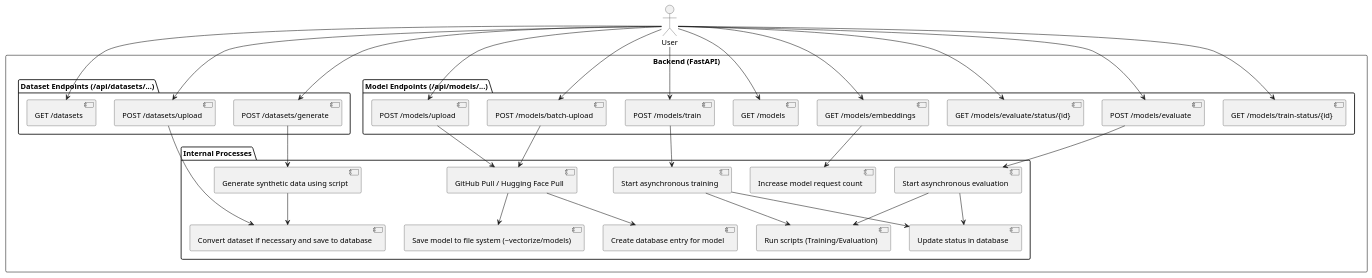
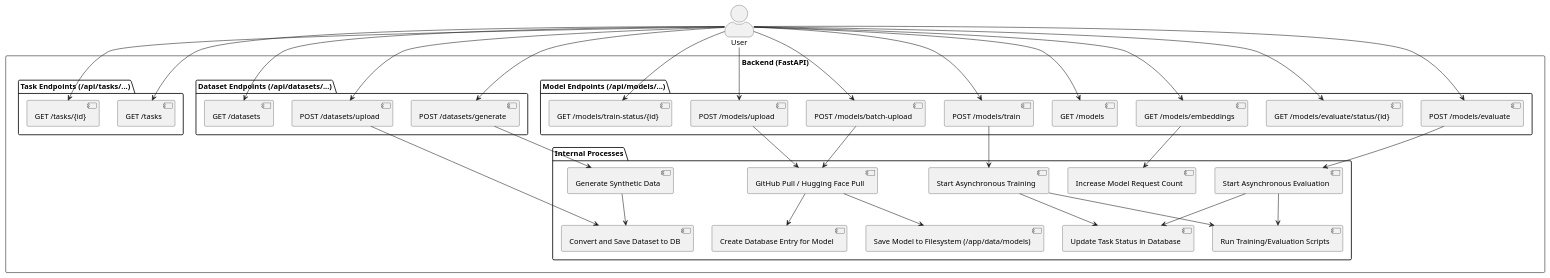
One commit to Yukasama/vectorize changed the diagram in docs/diagrams/src/api-endpoints.plantuml. Above: the diagram before and after it, drawn with PlantUML. The commit also changed 13 other files, not shown here.

```diff
--- a/docs/diagrams/src/api-endpoints.plantuml
+++ b/docs/diagrams/src/api-endpoints.plantuml
@@ -1,79 +1,78 @@
 @startuml api-endpoints
+skinparam actorStyle awesome
 actor User
 
 rectangle "Backend (FastAPI)" {
-  ' --- MODEL ENDPOINTS ---
   package "Model Endpoints (/api/models/...)" {
     [GET /models/embeddings]
     [GET /models]
 
     [POST /models/upload]
     [POST /models/batch-upload]
     [POST /models/train]
     [GET /models/train-status/{id}]
     
     [POST /models/evaluate]
     [GET /models/evaluate/status/{id}]
   }
 
-  ' --- DATASET ENDPOINTS ---
   package "Dataset Endpoints (/api/datasets/...)" {
     [GET /datasets]
     [POST /datasets/upload]
     [POST /datasets/generate]
   }
   
-  ' --- INTERNAL PROCESSES ---
+  package "Task Endpoints (/api/tasks/...)" {
+    [GET /tasks]
+    [GET /tasks/{id}]
+  }
+
   package "Internal Processes" {
     [GitHub Pull / Hugging Face Pull]
-    [Save model to file system (~vectorize/models)]
-    [Create database entry for model]
+    [Save Model to Filesystem (/app/data/models)]
+    [Create Database Entry for Model]
     
-    [Start asynchronous training]
-    [Start asynchronous evaluation]
-    [Generate synthetic data using script]
-    [Convert dataset if necessary and save to database]
+    [Start Asynchronous Training]
+    [Start Asynchronous Evaluation]
+    [Generate Synthetic Data]
+    [Convert and Save Dataset to DB]
     
-    [Run scripts (Training/Evaluation)]
-    [Update status in database]
-    [Increase model request count]
+    [Run Training/Evaluation Scripts]
+    [Update Task Status in Database]
+    [Increase Model Request Count]
   }
 }
 
-' Upload processes (models)
 [POST /models/upload] --> [GitHub Pull / Hugging Face Pull]
 [POST /models/batch-upload] --> [GitHub Pull / Hugging Face Pull]
-[GitHub Pull / Hugging Face Pull] --> [Save model to file system (~vectorize/models)]
-[GitHub Pull / Hugging Face Pull] --> [Create database entry for model]
+[GitHub Pull / Hugging Face Pull] --> [Save Model to Filesystem (/app/data/models)]
+[GitHub Pull / Hugging Face Pull] --> [Create Database Entry for Model]
 
-' Dataset processes
-[POST /datasets/generate] --> [Generate synthetic data using script]
-[Generate synthetic data using script] --> [Convert dataset if necessary and save to database]
-[POST /datasets/upload] --> [Convert dataset if necessary and save to database]
+[POST /datasets/generate] --> [Generate Synthetic Data]
+[Generate Synthetic Data] --> [Convert and Save Dataset to DB]
+[POST /datasets/upload] --> [Convert and Save Dataset to DB]
 
-' Training processes
-[POST /models/train] --> [Start asynchronous training]
-[Start asynchronous training] --> [Run scripts (Training/Evaluation)]
-[Start asynchronous training] --> [Update status in database]
+[POST /models/train] --> [Start Asynchronous Training]
+[Start Asynchronous Training] --> [Run Training/Evaluation Scripts]
+[Start Asynchronous Training] --> [Update Task Status in Database]
 
-' Evaluation processes
-[POST /models/evaluate] --> [Start asynchronous evaluation]
-[Start asynchronous evaluation] --> [Run scripts (Training/Evaluation)]
-[Start asynchronous evaluation] --> [Update status in database]
+[POST /models/evaluate] --> [Start Asynchronous Evaluation]
+[Start Asynchronous Evaluation] --> [Run Training/Evaluation Scripts]
+[Start Asynchronous Evaluation] --> [Update Task Status in Database]
 
-' Model usage tracking
-[GET /models/embeddings] --> [Increase model request count]
+[GET /models/embeddings] --> [Increase Model Request Count]
 
-' User API flows
 User --> [GET /models/embeddings]
 User --> [GET /models]
 User --> [POST /models/upload]
 User --> [POST /models/batch-upload]
 User --> [POST /models/train]
 User --> [GET /models/train-status/{id}]
 User --> [POST /models/evaluate]
 User --> [GET /models/evaluate/status/{id}]
 User --> [GET /datasets]
 User --> [POST /datasets/upload]
 User --> [POST /datasets/generate]
+User --> [GET /tasks]
+User --> [GET /tasks/{id}]
 @enduml
```
